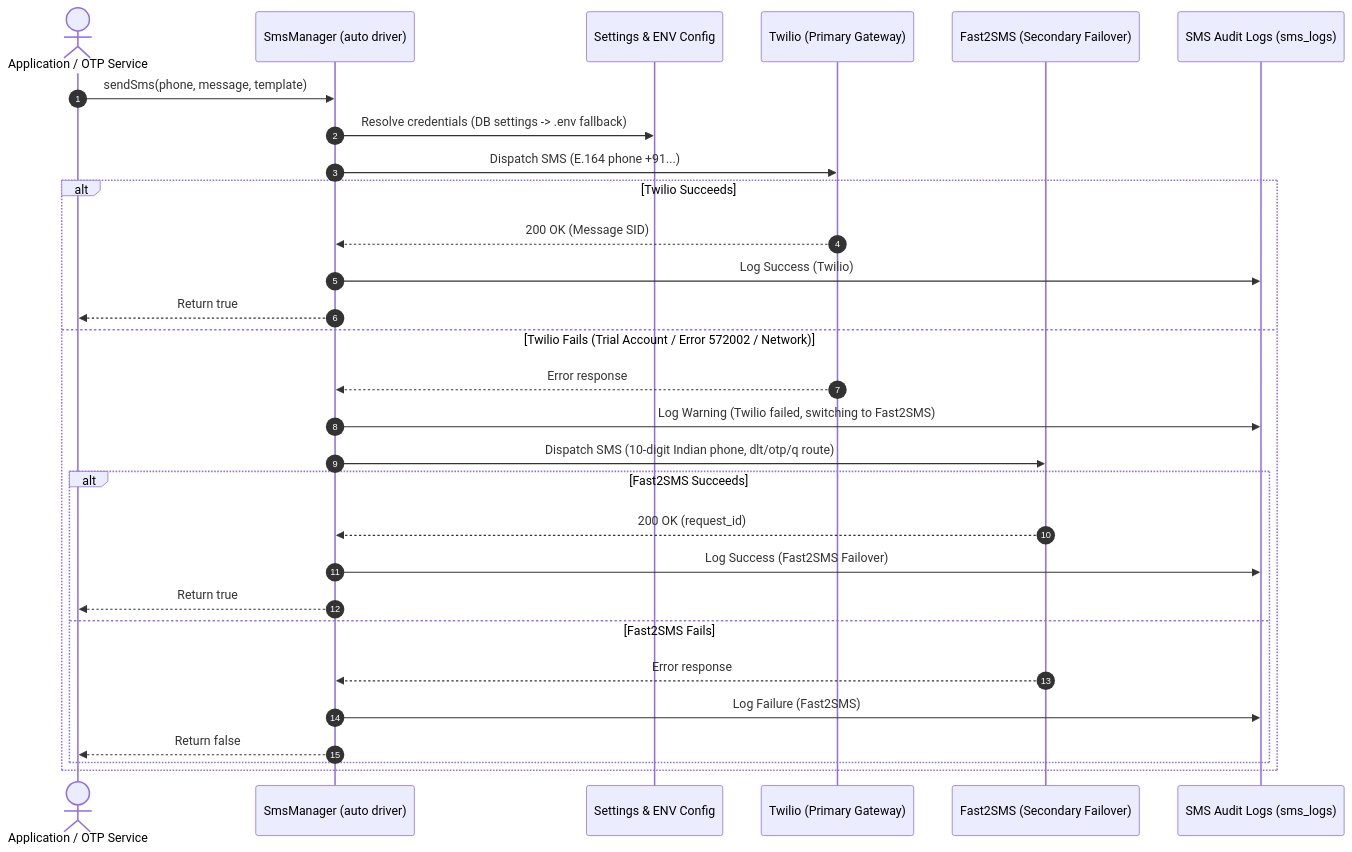
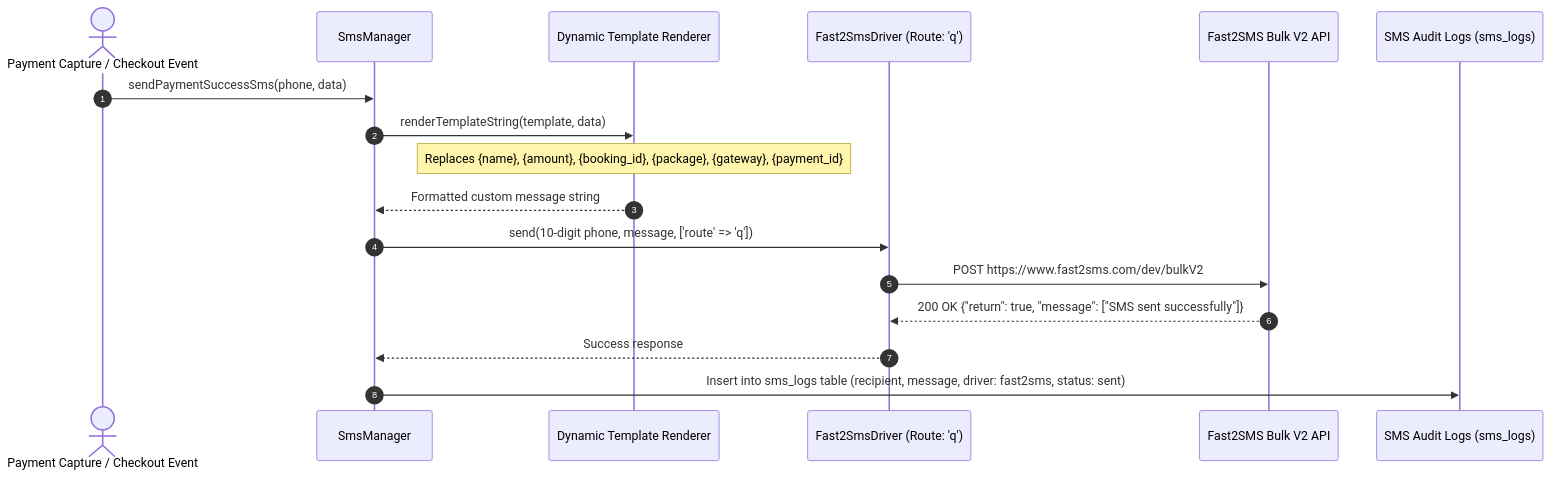
Before and after one commit to VNKM92/middukheraproduction: the third of 3 diagrams in README.md, drawn with Mermaid. The commit also changed other lines of this file and 32 other files, not shown here.

````diff
--- a/README.md
+++ b/README.md
@@ -66,32 +115,20 @@
 ```mermaid
 sequenceDiagram
     autonumber
-    actor System as Application / OTP Service
-    participant SMS as SmsManager (auto driver)
-    participant DB as Settings & ENV Config
-    participant TW as Twilio (Primary Gateway)
-    participant F2S as Fast2SMS (Secondary Failover)
+    actor Event as Payment Capture / Checkout Event
+    participant Manager as SmsManager
+    participant Template as Dynamic Template Renderer
+    participant Driver as Fast2SmsDriver (Route: 'q')
+    participant Fast2SMS as Fast2SMS Bulk V2 API
     participant Log as SMS Audit Logs (sms_logs)
 
-    System->>SMS: sendSms(phone, message, template)
-    SMS->>DB: Resolve credentials (DB settings -> .env fallback)
-    SMS->>TW: Dispatch SMS (E.164 phone +91...)
-    alt Twilio Succeeds
-        TW-->>SMS: 200 OK (Message SID)
-        SMS->>Log: Log Success (Twilio)
-        SMS-->>System: Return true
-    else Twilio Fails (Trial Account / Error 572002 / Network)
-        TW-->>SMS: Error response
-        SMS->>Log: Log Warning (Twilio failed, switching to Fast2SMS)
-        SMS->>F2S: Dispatch SMS (10-digit Indian phone, dlt/otp/q route)
-        alt Fast2SMS Succeeds
-            F2S-->>SMS: 200 OK (request_id)
-            SMS->>Log: Log Success (Fast2SMS Failover)
-            SMS-->>System: Return true
-        else Fast2SMS Fails
-            F2S-->>SMS: Error response
-            SMS->>Log: Log Failure (Fast2SMS)
-            SMS-->>System: Return false
-        end
-    end
+    Event->>Manager: sendPaymentSuccessSms(phone, data)
+    Manager->>Template: renderTemplateString(template, data)
+    Note over Template: Replaces {name}, {amount}, {booking_id}, {package}, {gateway}, {payment_id}
+    Template-->>Manager: Formatted custom message string
+    Manager->>Driver: send(10-digit phone, message, ['route' => 'q'])
+    Driver->>Fast2SMS: POST https://www.fast2sms.com/dev/bulkV2
+    Fast2SMS-->>Driver: 200 OK {"return": true, "message": ["SMS sent successfully"]}
+    Driver-->>Manager: Success response
+    Manager->>Log: Insert into sms_logs table (recipient, message, driver: fast2sms, status: sent)
 ```
````
